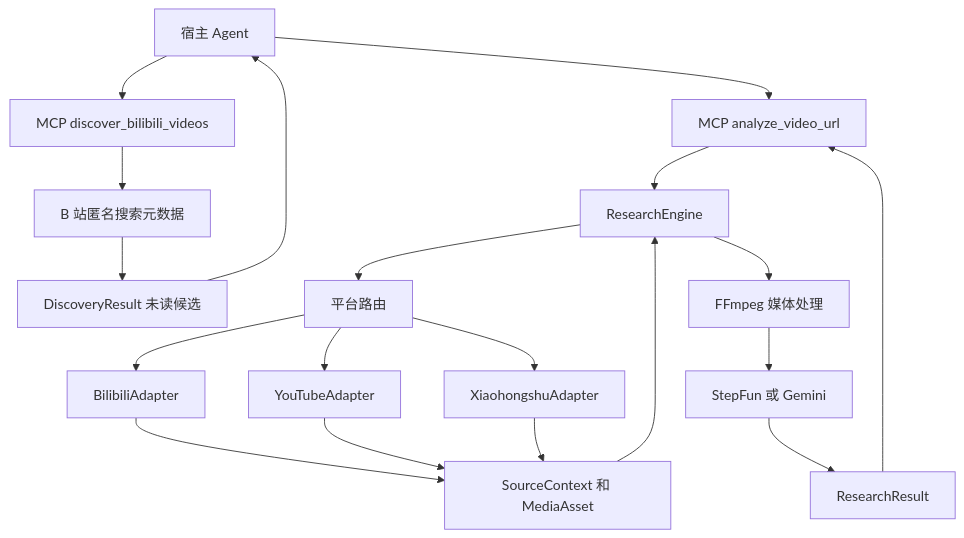
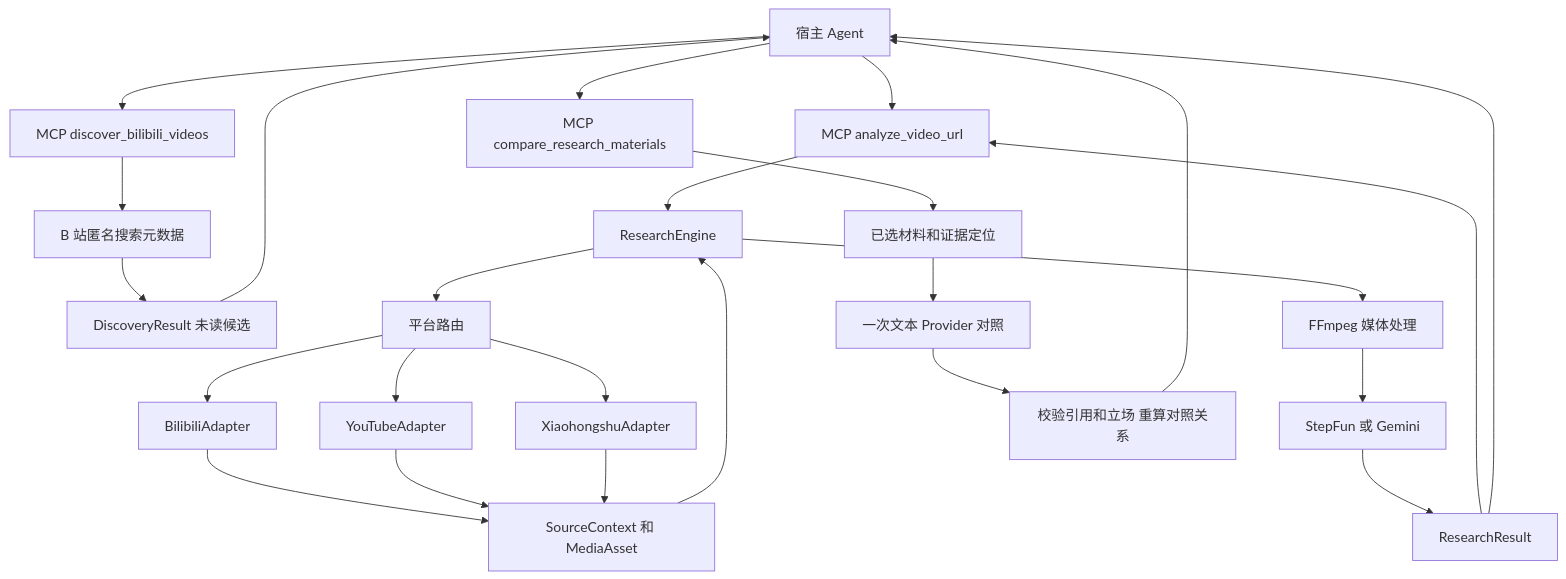
The diagram in docs/architecture.md (7oMB2006/Catalyst), drawn with Mermaid before and after one commit. The commit also changed other lines of this file and 12 other files, not shown here.

Commit message:
feat: compare selected research materials with traceable excerpts

````diff
--- a/docs/architecture.md
+++ b/docs/architecture.md
@@ -15,21 +17,27 @@
 ```mermaid
 flowchart TD
   Host[宿主 Agent] --> MCP[MCP analyze_video_url]
   Host --> Discovery[MCP discover_bilibili_videos]
   Discovery --> Search[B 站匿名搜索元数据]
   Search --> Candidates[DiscoveryResult 未读候选]
   Candidates --> Host
   MCP --> Engine[ResearchEngine]
   Engine --> Route[平台路由]
   Route --> Bili[BilibiliAdapter]
   Route --> YT[YouTubeAdapter]
   Route --> XHS[XiaohongshuAdapter]
   Bili --> Source[SourceContext 和 MediaAsset]
   YT --> Source
   XHS --> Source
   Source --> Engine
   Engine --> Transform[FFmpeg 媒体处理]
   Transform --> Provider[StepFun 或 Gemini]
   Provider --> Result[ResearchResult]
   Result --> MCP
+  Host --> Compare[MCP compare_research_materials]
+  Result --> Host
+  Compare --> Prepared[已选材料和证据定位]
+  Prepared --> TextProvider[一次文本 Provider 对照]
+  TextProvider --> Validated[校验引用和立场 重算对照关系]
+  Validated --> Host
 ```
````
